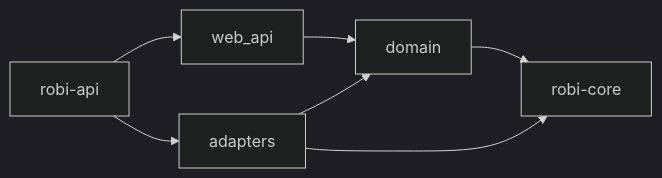
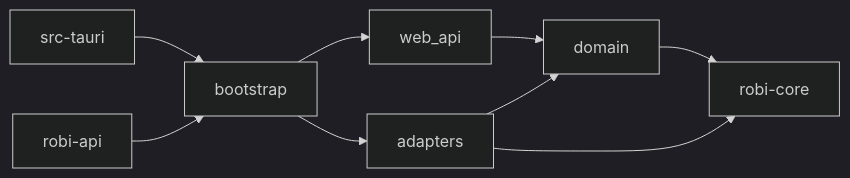
One commit to cgund98/robi changed the diagram in docs/src/design/persistence/persistence.md. Above: the diagram before and after it, drawn with Mermaid (dark theme). The commit also changed other lines of this file and 33 other files, not shown here.

````diff
--- a/docs/src/design/persistence/persistence.md
+++ b/docs/src/design/persistence/persistence.md
@@ -39,14 +39,18 @@
 ```mermaid
 graph LR
+  tauri[src-tauri]
   bin[robi-api]
+  boot[bootstrap]
   web[web_api]
   domain[domain]
   adapters[adapters]
   core[robi-core]
-  bin --> web
-  bin --> adapters
+  tauri --> boot
+  bin --> boot
+  boot --> web
+  boot --> adapters
   web --> domain
   adapters --> domain
   domain --> core
   adapters --> core
 ```
````
